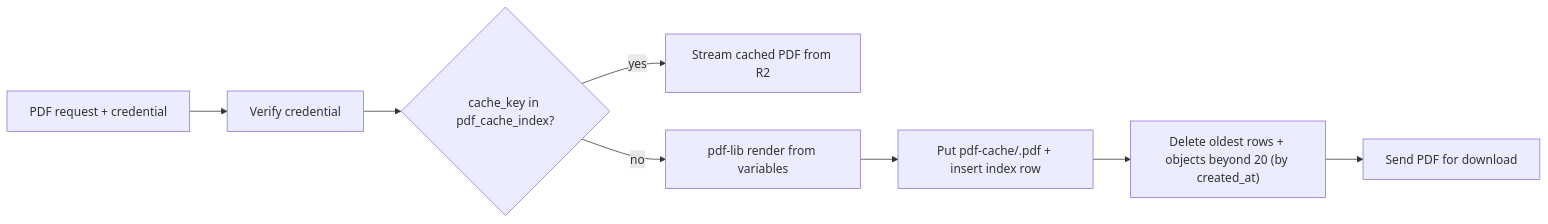
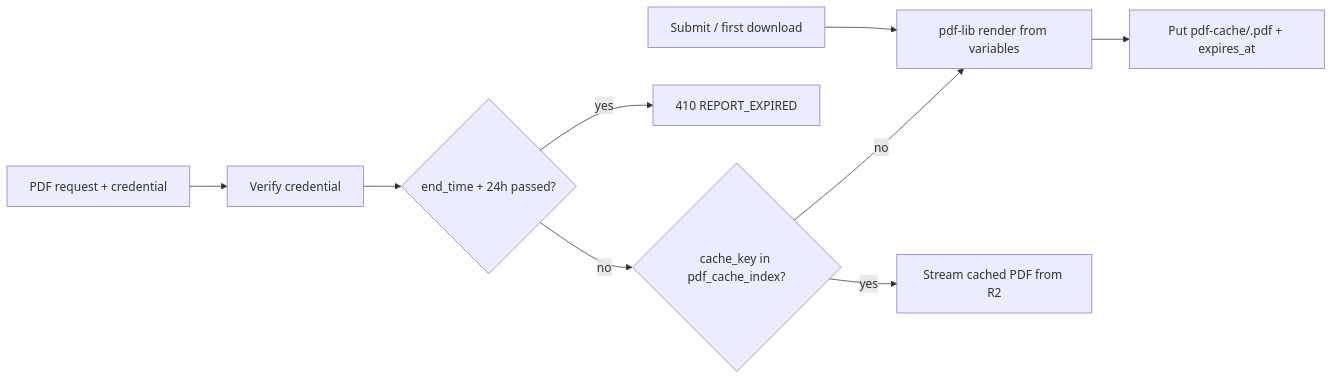
Before and after one commit to sumperme/english-diagnostic-test-platform: the fourth of 4 diagrams in docs/DATABASE_README.md, drawn with Mermaid. The commit also changed other lines of this file and 20 other files, not shown here.

Commit message:
Paper I Speaker B line breaks and 24-hour report PDF cache

````diff
--- a/docs/DATABASE_README.md
+++ b/docs/DATABASE_README.md
@@ -562,10 +564,11 @@
 ```mermaid
 flowchart LR
+  submit["Submit / first download"] --> render["pdf-lib render from variables"]
+  render --> store["Put pdf-cache/<key>.pdf + expires_at"]
   req["PDF request + credential"] --> auth["Verify credential"]
-  auth --> hit{"cache_key in pdf_cache_index?"}
+  auth --> expired{"end_time + 24h passed?"}
+  expired -->|yes| gone["410 REPORT_EXPIRED"]
+  expired -->|no| hit{"cache_key in pdf_cache_index?"}
   hit -->|yes| streamR2["Stream cached PDF from R2"]
-  hit -->|no| render["pdf-lib render from variables"]
-  render --> store["Put pdf-cache/<key>.pdf + insert index row"]
-  store --> evict["Delete oldest rows + objects beyond 20 (by created_at)"]
-  evict --> download["Send PDF for download"]
+  hit -->|no| render
 ```
````
